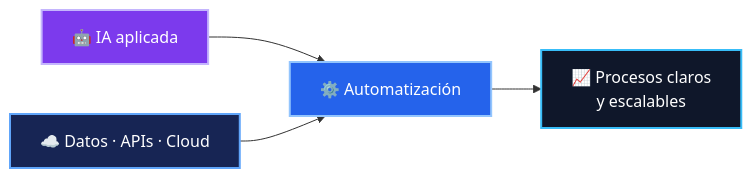
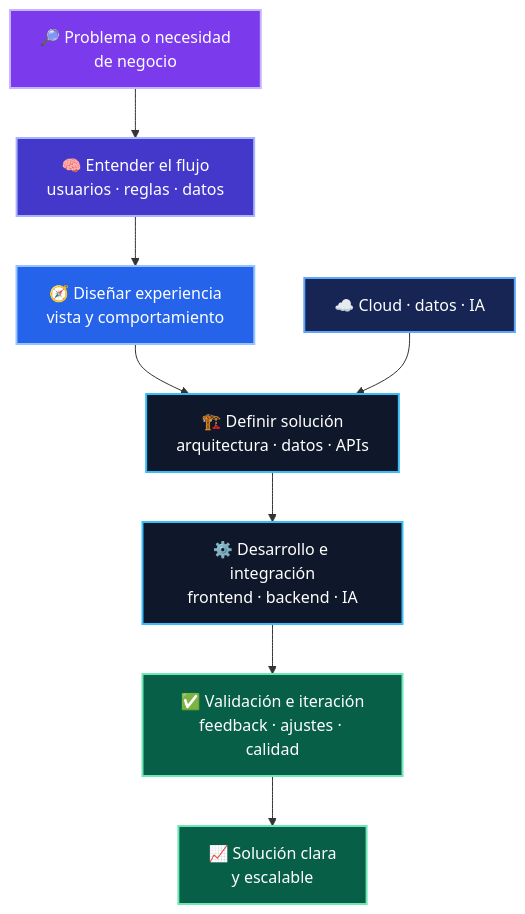
The diagram in README.md (cincogatos/cincogatos), drawn with Mermaid before and after one commit. The commit also changed other lines of this file, not shown here.

Commit message:
docs: expand solution workflow diagram

````diff
--- a/README.md
+++ b/README.md
@@ -53,16 +32,24 @@
 ```mermaid
-flowchart LR
-  A[🤖 IA aplicada] --> B[⚙️ Automatización]
-  B --> C[📈 Procesos claros<br/>y escalables]
-  D[☁️ Datos · APIs · Cloud] --> B
+flowchart TB
+  P[🔎 Problema o necesidad<br/>de negocio] --> F[🧠 Entender el flujo<br/>usuarios · reglas · datos]
+  F --> D[🧭 Diseñar experiencia<br/>vista y comportamiento]
+  D --> A[🏗️ Definir solución<br/>arquitectura · datos · APIs]
+  A --> I[⚙️ Desarrollo e integración<br/>frontend · backend · IA]
+  I --> V[✅ Validación e iteración<br/>feedback · ajustes · calidad]
+  V --> O[📈 Solución clara<br/>y escalable]
+  C[☁️ Cloud · datos · IA] --> A
 
-  classDef ai fill:#7c3aed,stroke:#c4b5fd,color:#ffffff,stroke-width:2px;
-  classDef automation fill:#2563eb,stroke:#93c5fd,color:#ffffff,stroke-width:2px;
-  classDef impact fill:#0f172a,stroke:#38bdf8,color:#ffffff,stroke-width:2px;
+  classDef problem fill:#7c3aed,stroke:#c4b5fd,color:#ffffff,stroke-width:2px;
+  classDef discovery fill:#4338ca,stroke:#a5b4fc,color:#ffffff,stroke-width:2px;
+  classDef design fill:#2563eb,stroke:#93c5fd,color:#ffffff,stroke-width:2px;
+  classDef build fill:#0f172a,stroke:#38bdf8,color:#ffffff,stroke-width:2px;
+  classDef impact fill:#065f46,stroke:#6ee7b7,color:#ffffff,stroke-width:2px;
   classDef foundation fill:#172554,stroke:#60a5fa,color:#ffffff,stroke-width:2px;
 
-  class A ai;
-  class B automation;
-  class C impact;
-  class D foundation;
+  class P problem;
+  class F discovery;
+  class D design;
+  class A,I build;
+  class V,O impact;
+  class C foundation;
 ```
````
